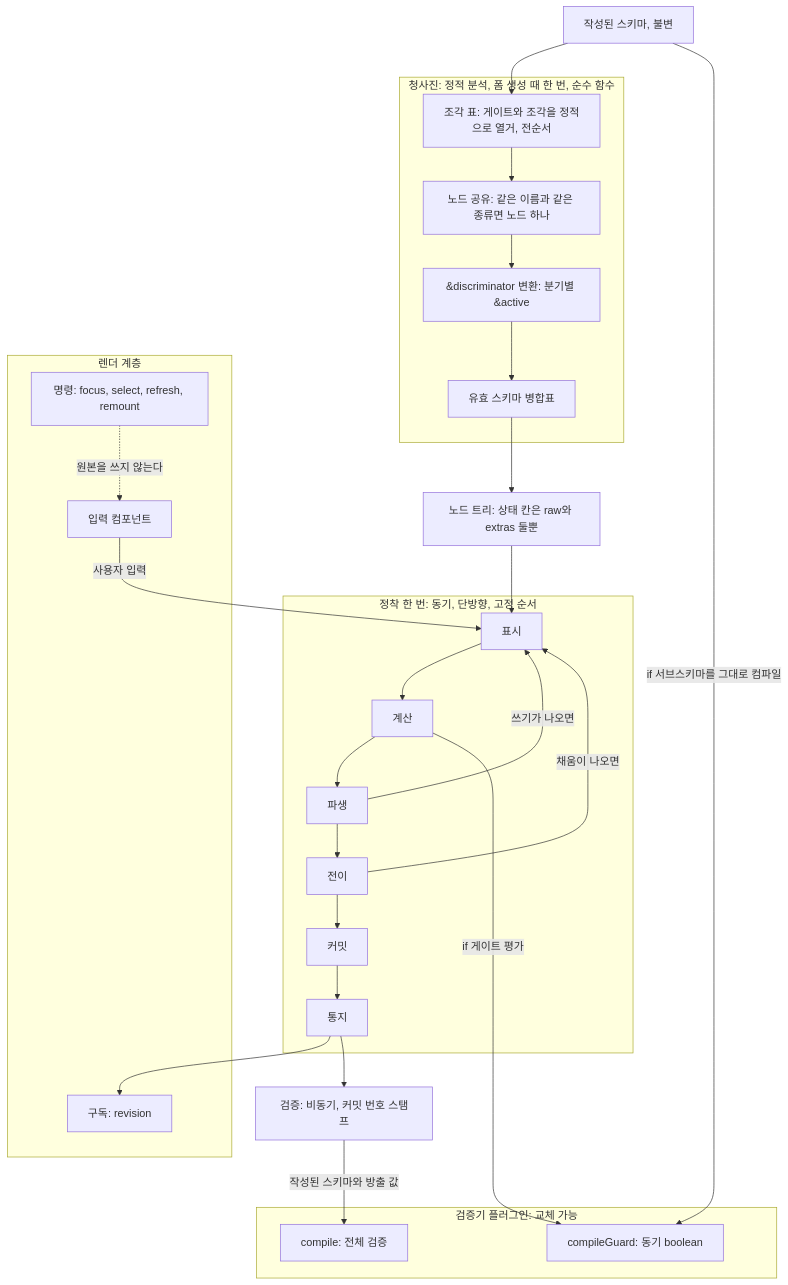
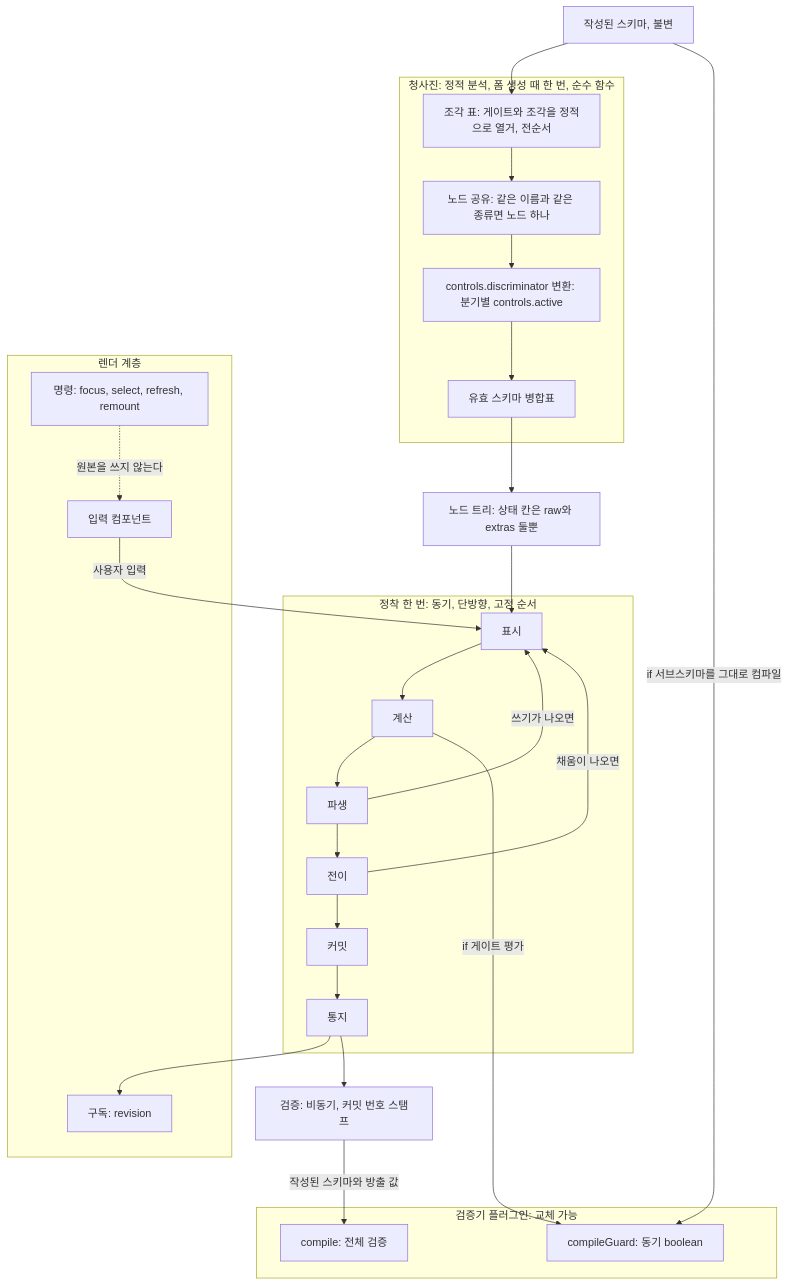
The second of 3 diagrams in packages/canard/schema-form/architecture/02-target-overview.md (vincent-kk/albatrion), drawn with Mermaid before and after one commit. The commit also changed other lines of this file and 25 other files, not shown here.

First line of the commit message:
docs(schema-form): update architecture documents for design review round 15

````diff
--- a/packages/canard/schema-form/architecture/02-target-overview.md
+++ b/packages/canard/schema-form/architecture/02-target-overview.md
@@ -63,56 +63,56 @@
 ```mermaid
 flowchart TD
   authored["작성된 스키마, 불변"]
 
   subgraph blueprintStage["청사진: 정적 분석, 폼 생성 때 한 번, 순수 함수"]
     fragTable["조각 표: 게이트와 조각을 정적으로 열거, 전순서"]
     sharing["노드 공유: 같은 이름과 같은 종류면 노드 하나"]
-    discConv["&discriminator 변환: 분기별 &active"]
+    discConv["controls.discriminator 변환: 분기별 controls.active"]
     mergeTable["유효 스키마 병합표"]
   end
 
   tree["노드 트리: 상태 칸은 raw와 extras 둘뿐"]
 
   subgraph settleStage["정착 한 번: 동기, 단방향, 고정 순서"]
     markStep["표시"]
     computeStep["계산"]
     deriveStep["파생"]
     transitionStep["전이"]
     commitStep["커밋"]
     notifyStep["통지"]
   end
 
   validateStep["검증: 비동기, 커밋 번호 스탬프"]
 
   subgraph pluginStage["검증기 플러그인: 교체 가능"]
     guardFn["compileGuard: 동기 boolean"]
     compileFn["compile: 전체 검증"]
   end
 
   subgraph renderStage["렌더 계층"]
     subscribeFn["구독: revision"]
     inputFn["입력 컴포넌트"]
     commandFn["명령: focus, select, refresh, remount"]
   end
 
   authored --> fragTable
   fragTable --> sharing
   sharing --> discConv
   discConv --> mergeTable
   mergeTable --> tree
   tree --> markStep
   inputFn -->|"사용자 입력"| markStep
   markStep --> computeStep
   computeStep --> deriveStep
   deriveStep -->|"쓰기가 나오면"| markStep
   deriveStep --> transitionStep
   transitionStep -->|"채움이 나오면"| markStep
   transitionStep --> commitStep
   commitStep --> notifyStep
   notifyStep --> subscribeFn
   notifyStep --> validateStep
   authored -->|"if 서브스키마를 그대로 컴파일"| guardFn
   computeStep -->|"if 게이트 평가"| guardFn
   validateStep -->|"작성된 스키마와 방출 값"| compileFn
   commandFn -.->|"원본을 쓰지 않는다"| inputFn
 ```
````
